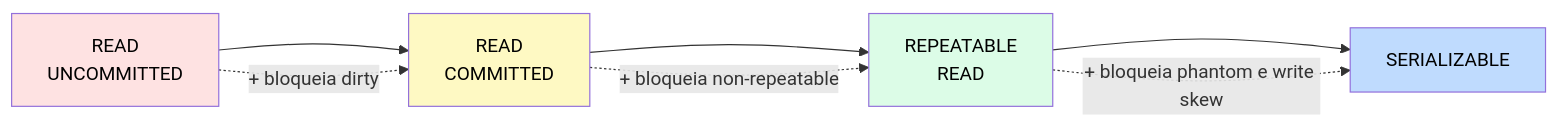
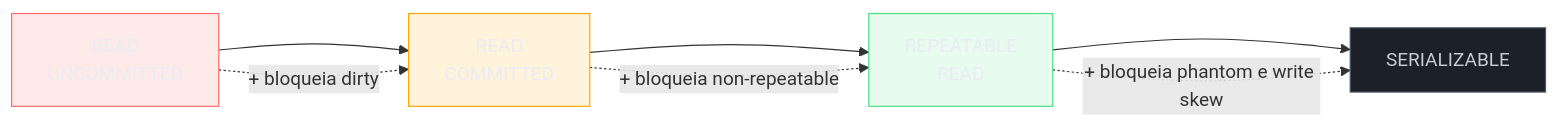
Before and after one commit to josenaldo/codex-technomanticus: the sixth of 7 diagrams in 03-Dominios/Ciência/Banco de Dados/06 - Isolamento e anomalias.md, drawn with Mermaid. The commit also changed other lines of this file and 1181 other files, not shown here.

First line of the commit message:
fix(diagramas): paleta do sistema no lugar de cor cravada no markdown

````diff
--- a/03-Dominios/Ciência/Banco de Dados/06 - Isolamento e anomalias.md
+++ b/03-Dominios/Ciência/Banco de Dados/06 - Isolamento e anomalias.md
@@ -189,13 +189,17 @@
 ```mermaid
 flowchart LR
+    classDef falha fill:#FF6B6B24,stroke:#FF6B6B,color:#E9ECF2
+    classDef destaque fill:#FFAA0024,stroke:#FFAA00,color:#E9ECF2
+    classDef ok fill:#4ADE8021,stroke:#4ADE80,color:#E9ECF2
+    classDef neutro fill:#1B2029,stroke:#4E5666,color:#C6CCD8
     RU["READ<br/>UNCOMMITTED"] --> RC["READ<br/>COMMITTED"]
     RC --> RR["REPEATABLE<br/>READ"]
     RR --> SER["SERIALIZABLE"]
     RU -.->|"+ bloqueia dirty"| RC
     RC -.->|"+ bloqueia non-repeatable"| RR
     RR -.->|"+ bloqueia phantom e write skew"| SER
-    style RU fill:#fee2e2,color:#000
-    style RC fill:#fef9c3,color:#000
-    style RR fill:#dcfce7,color:#000
-    style SER fill:#bfdbfe,color:#000
+    class RU falha
+    class RC destaque
+    class RR ok
+    class SER neutro
 ```
````
